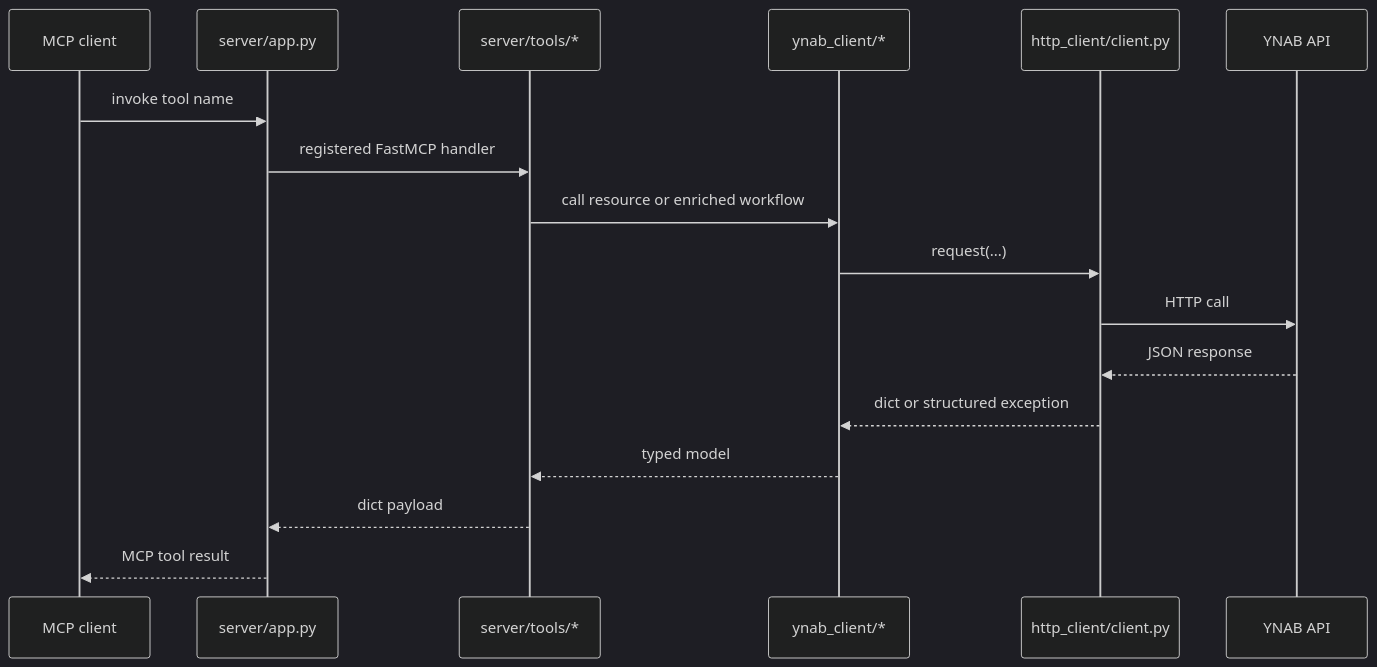
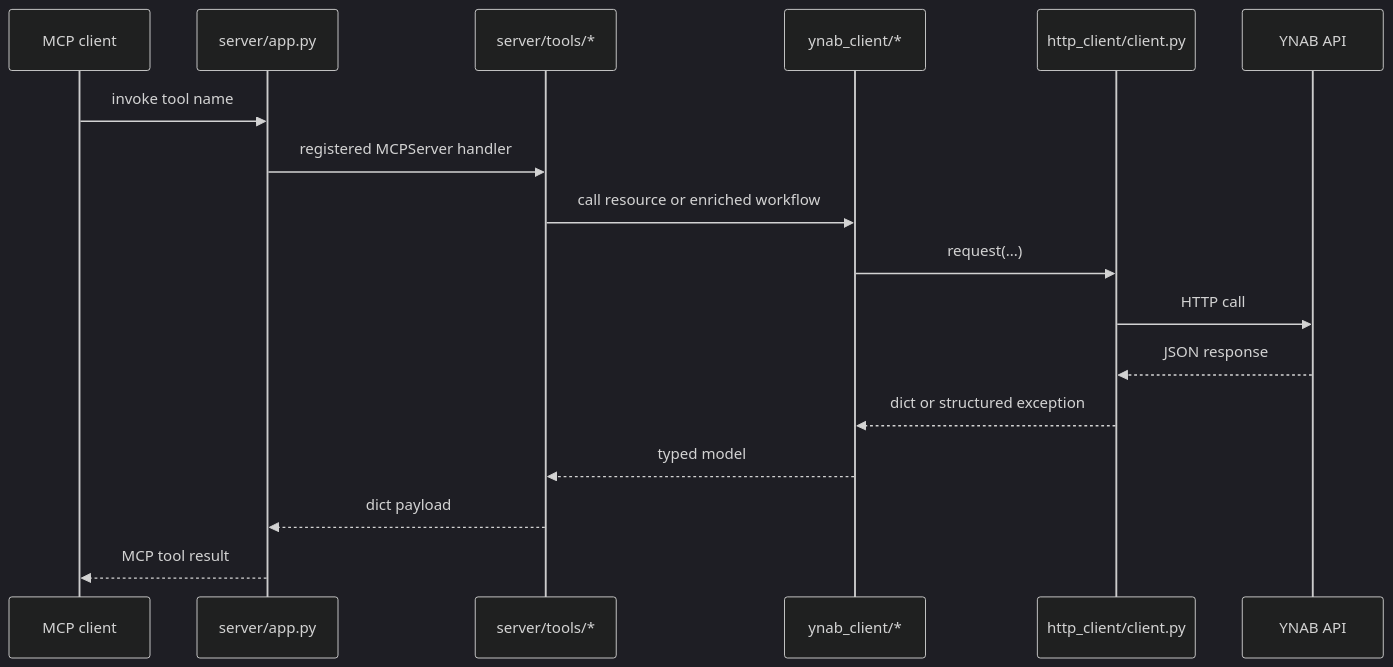
The diagram in AGENTS.md (hs737/mcp-server-for-ynab), drawn with Mermaid (dark theme) before and after one commit. The commit also changed other lines of this file and 36 other files, not shown here.

````diff
--- a/AGENTS.md
+++ b/AGENTS.md
@@ -48,20 +48,20 @@
 ```mermaid
 sequenceDiagram
     participant Client as MCP client
     participant Server as server/app.py
     participant Handler as server/tools/*
     participant YClient as ynab_client/*
     participant Http as http_client/client.py
     participant API as YNAB API
 
     Client->>Server: invoke tool name
-    Server->>Handler: registered FastMCP handler
+    Server->>Handler: registered MCPServer handler
     Handler->>YClient: call resource or enriched workflow
     YClient->>Http: request(...)
     Http->>API: HTTP call
     API-->>Http: JSON response
     Http-->>YClient: dict or structured exception
     YClient-->>Handler: typed model
     Handler-->>Server: dict payload
     Server-->>Client: MCP tool result
 ```
````
